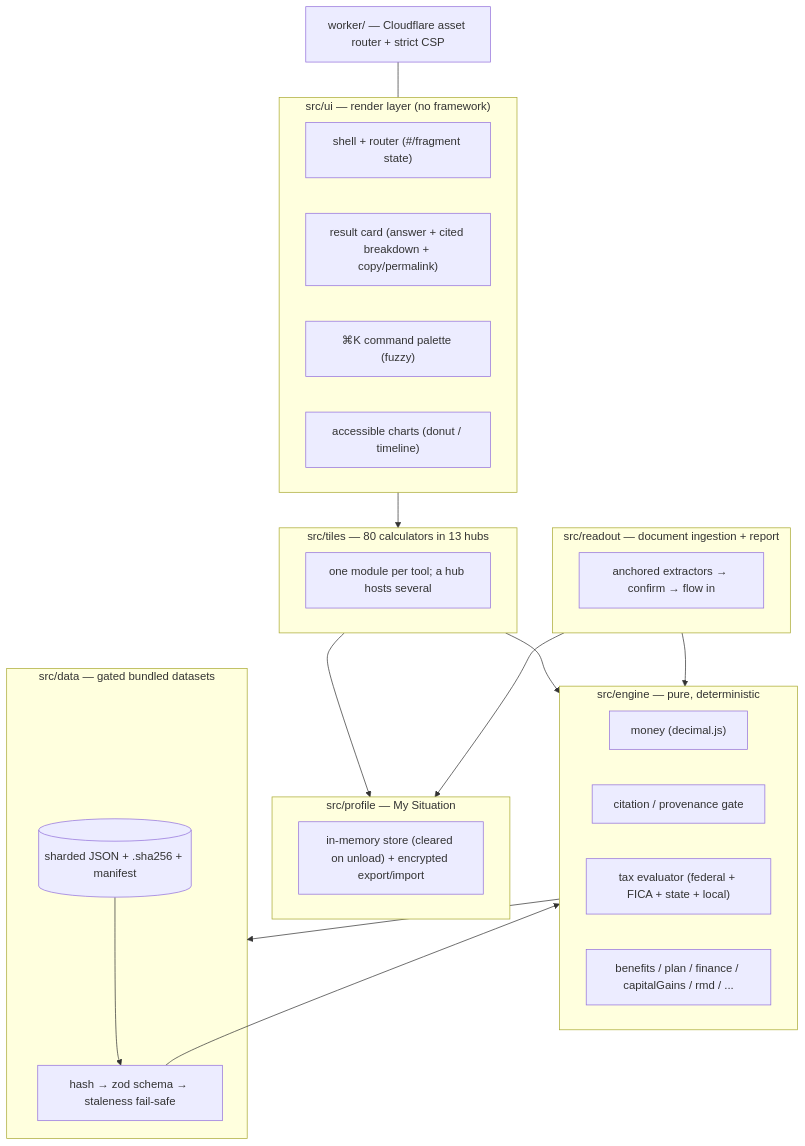
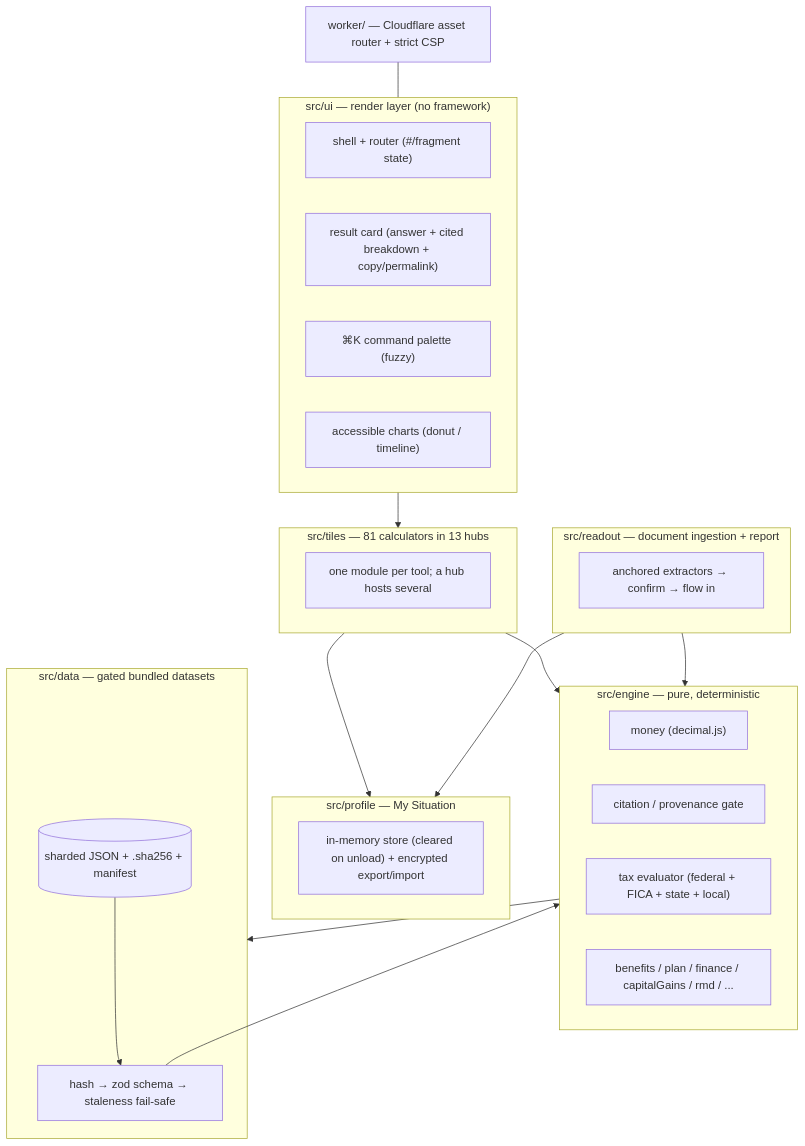
One commit to clay-good/enklayve changed the second of 7 diagrams in docs/under-the-hood.md. Above: the diagram before and after it, drawn with Mermaid. The commit also changed other lines of this file and 19 other files, not shown here.

````diff
--- a/docs/under-the-hood.md
+++ b/docs/under-the-hood.md
@@ -300,36 +300,36 @@
 ```mermaid
 flowchart TD
     subgraph UI["src/ui — render layer (no framework)"]
         SH["shell + router (#/fragment state)"]
         RC["result card (answer + cited breakdown + copy/permalink)"]
         CP["⌘K command palette (fuzzy)"]
         CH["accessible charts (donut / timeline)"]
     end
-    subgraph TILES["src/tiles — 80 calculators in 13 hubs"]
+    subgraph TILES["src/tiles — 81 calculators in 13 hubs"]
         T1["one module per tool; a hub hosts several"]
     end
     subgraph PROFILE["src/profile — My Situation"]
         PS["in-memory store (cleared on unload) + encrypted export/import"]
     end
     subgraph READOUT["src/readout — document ingestion + report"]
         RX["anchored extractors → confirm → flow in"]
     end
     subgraph ENGINE["src/engine — pure, deterministic"]
         MN["money (decimal.js)"]
         CI["citation / provenance gate"]
         TAX["tax evaluator (federal + FICA + state + local)"]
         BEN["benefits / plan / finance / capitalGains / rmd / ..."]
     end
     subgraph DATA["src/data — gated bundled datasets"]
         LO["hash → zod schema → staleness fail-safe"]
         DS[("sharded JSON + .sha256 + manifest")]
     end
     TILES --> ENGINE
     READOUT --> ENGINE
     TILES --> PROFILE
     READOUT --> PROFILE
     UI --> TILES
     ENGINE --> DATA
     DS --> LO --> ENGINE
     WORKER["worker/ — Cloudflare asset router + strict CSP"] --- UI
 ```
````
